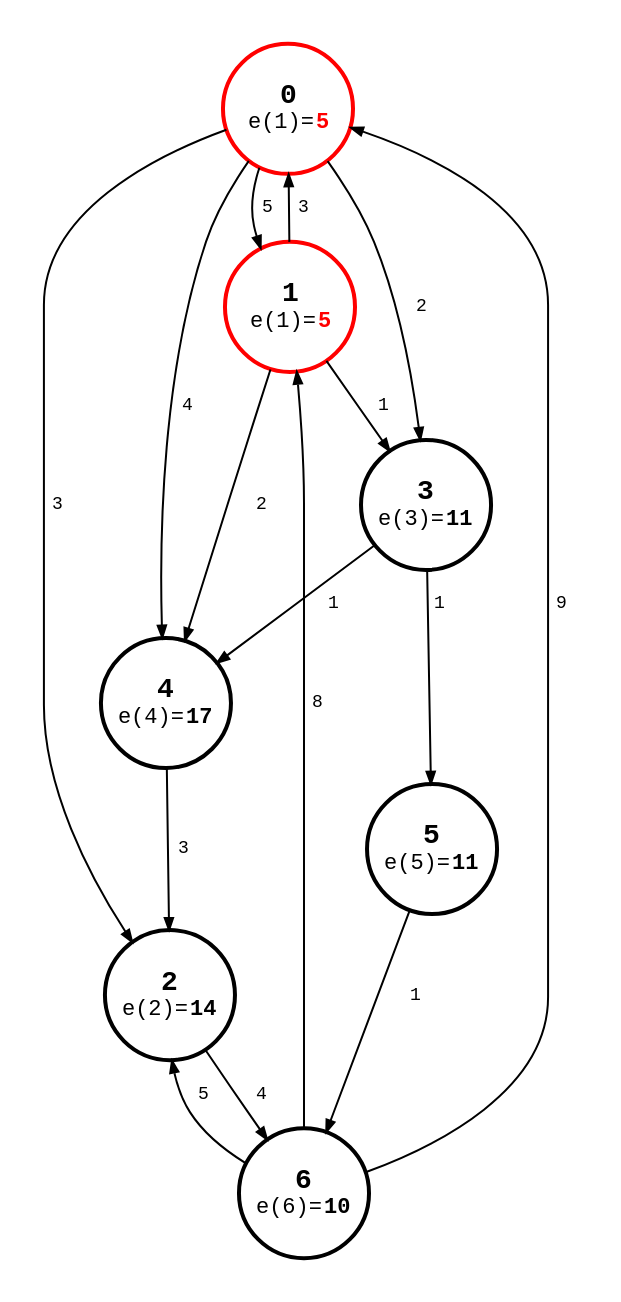
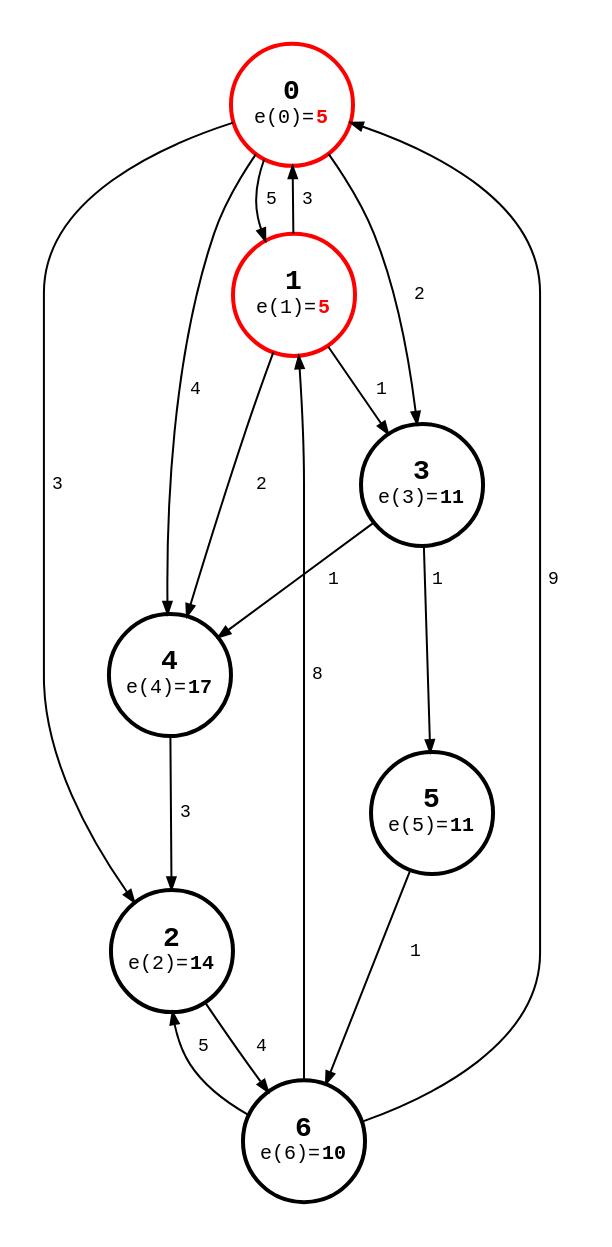
One commit to bsdrks/graaf-images changed the diagram in src/distance_matrix_center_1-0.87.2.dot. Above: the diagram before and after it, drawn with Graphviz. The commit also changed 40 other files, not shown here.

```diff
--- a/src/distance_matrix_center_1-0.87.2.dot
+++ b/src/distance_matrix_center_1-0.87.2.dot
@@ -1,5 +1,5 @@
 digraph {
-    node [shape=circle, fontname="monospace", style=bold, fixedsize=true, width="0.9"];
+    node [shape=circle, fontname="monospace", style=bold, fixedsize=true, width="0.85"];
     edge [arrowsize=0.6, fontname="monospace", fontsize=9];
     // layout=neato;
     // scale=3.0;
@@ -16,7 +16,7 @@
                     <td><b>0</b></td>
                 </tr>
                 <tr>
-                    <td><font point-size="11">e(1)=<b><font color="red">5</font></b></font></td>
+                    <td><font point-size="10">e(0)=<b><font color="red">5</font></b></font></td>
                 </tr>
             </table>
         >,
@@ -31,7 +31,7 @@
                     <td><b>1</b></td>
                 </tr>
                 <tr>
-                    <td><font point-size="11">e(1)=<b><font color="red">5</font></b></font></td>
+                    <td><font point-size="10">e(1)=<b><font color="red">5</font></b></font></td>
                 </tr>
             </table>
         >,
@@ -46,7 +46,7 @@
                     <td><b>2</b></td>
                 </tr>
                 <tr>
-                    <td><font point-size="11">e(2)=<b>14</b></font></td>
+                    <td><font point-size="10">e(2)=<b>14</b></font></td>
                 </tr>
             </table>
         >,
@@ -59,7 +59,7 @@
                     <td><b>3</b></td>
                 </tr>
                 <tr>
-                    <td><font point-size="11">e(3)=<b>11</b></font></td>
+                    <td><font point-size="10">e(3)=<b>11</b></font></td>
                 </tr>
             </table>
         >,
@@ -72,7 +72,7 @@
                     <td><b>4</b></td>
                 </tr>
                 <tr>
-                    <td><font point-size="11">e(4)=<b>17</b></font></td>
+                    <td><font point-size="10">e(4)=<b>17</b></font></td>
                 </tr>
             </table>
         >,
@@ -85,7 +85,7 @@
                     <td><b>5</b></td>
                 </tr>
                 <tr>
-                    <td><font point-size="11">e(5)=<b>11</b></font></td>
+                    <td><font point-size="10">e(5)=<b>11</b></font></td>
                 </tr>
             </table>
         >,
@@ -98,7 +98,7 @@
                     <td><b>6</b></td>
                 </tr>
                 <tr>
-                    <td><font point-size="11">e(6)=<b>10</b></font></td>
+                    <td><font point-size="10">e(6)=<b>10</b></font></td>
                 </tr>
             </table>
         >,
```
